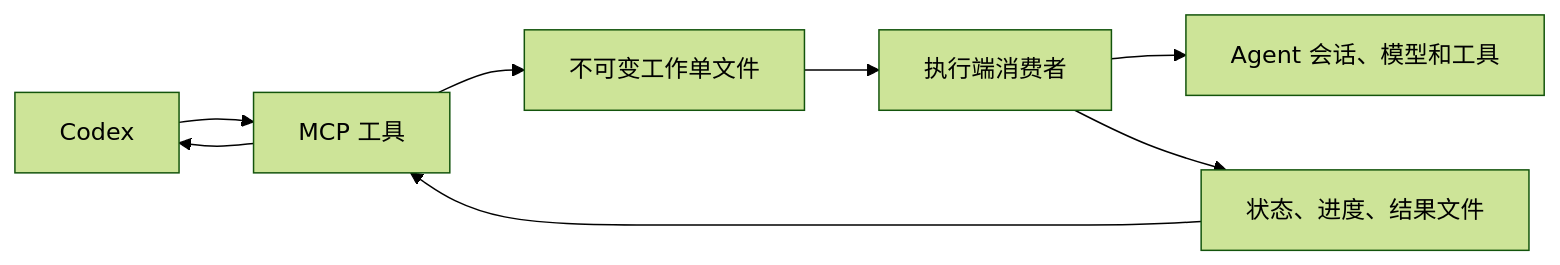
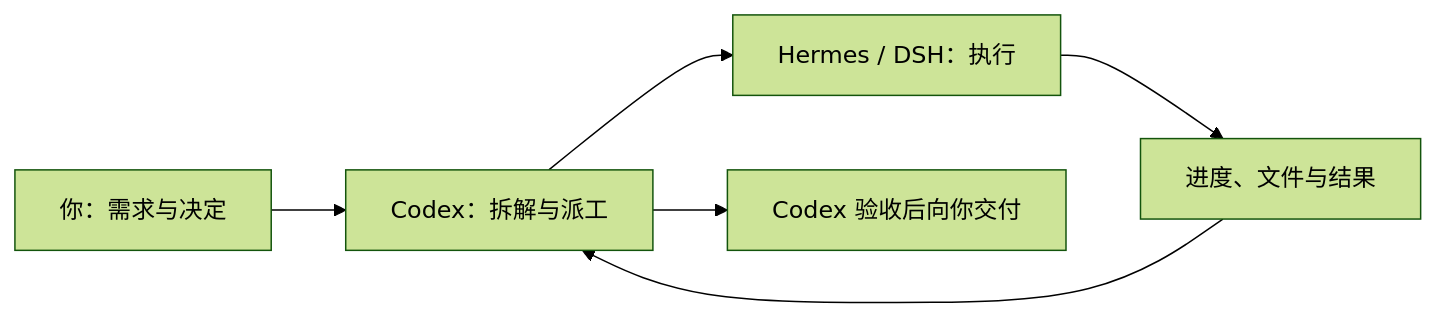
Before and after one commit to heystarlink/codex-to-agents: the diagram in README.md, drawn with Mermaid (forest theme). The commit also changed other lines of this file and 29 other files, not shown here.

````diff
--- a/README.md
+++ b/README.md
@@ -11,10 +25,8 @@
 ```mermaid
 flowchart LR
-    C[Codex] --> M[MCP 工具]
-    M --> Q[不可变工作单文件]
-    Q --> W[执行端消费者]
-    W --> D[Agent 会话、模型和工具]
-    W --> S[状态、进度、结果文件]
-    S --> M
-    M --> C
+    U[你：需求与决定] --> C[Codex：拆解与派工]
+    C --> A[Hermes / DSH：执行]
+    A --> R[进度、文件与结果]
+    R --> C
+    C --> V[Codex 验收后向你交付]
 ```
````
